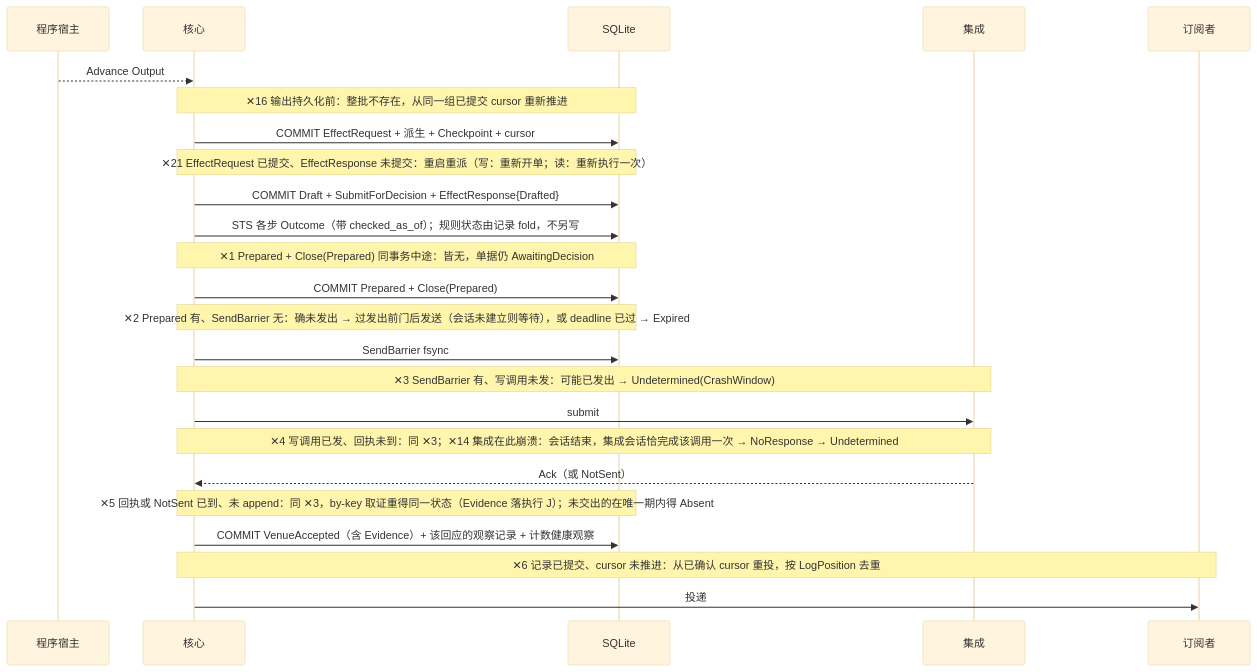
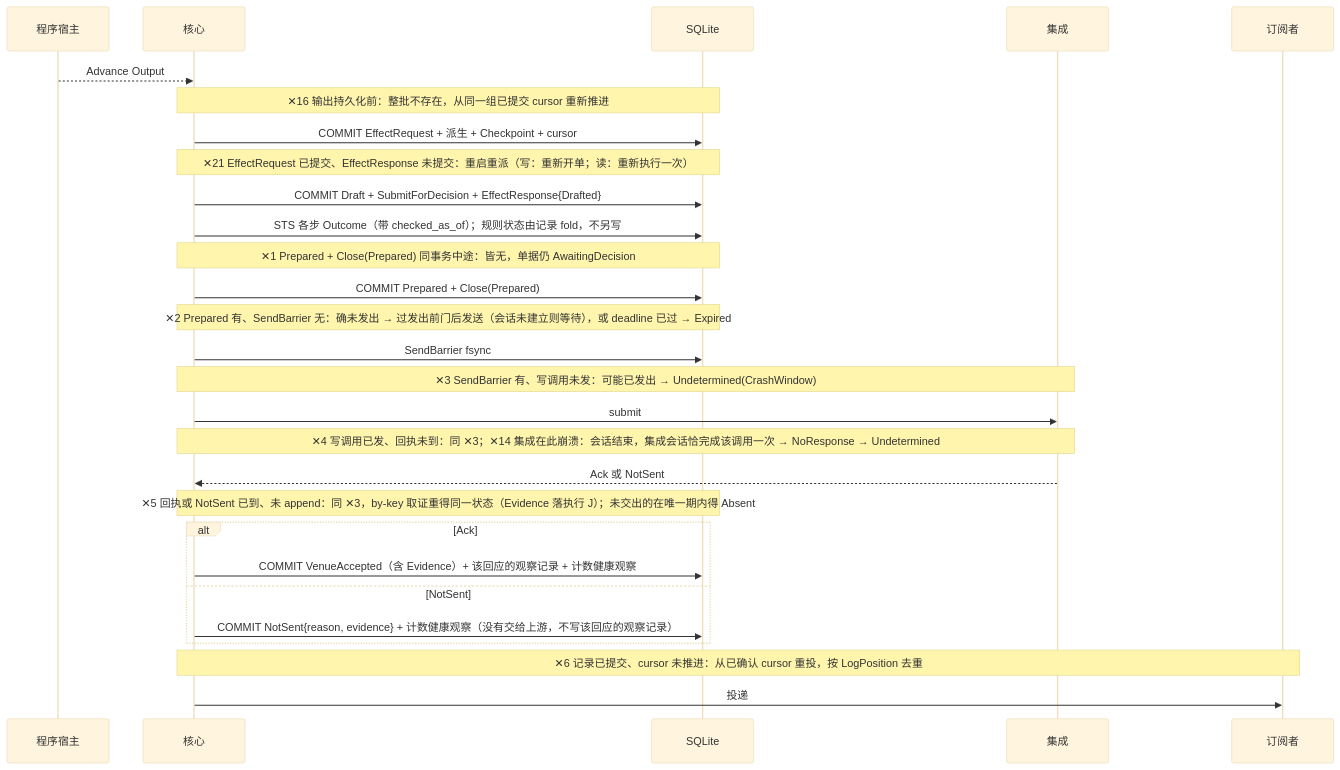
The second of 4 diagrams in design/diagrams/07-crash-recovery.md (mouriya-s-lab/uta), drawn with Mermaid (base theme) before and after one commit. The commit also changed 10 other files, not shown here.

Commit message:
design: uncommitted restart/rotate end Rejected(Stopping) at controlled stop; step-3 adoption and initial session observation in one transaction; runs without a process end with the instance; W20 four-condition match; D9.4 rotation/restart; D7.2 NotSent branch

````diff
--- a/design/diagrams/07-crash-recovery.md
+++ b/design/diagrams/07-crash-recovery.md
@@ -37,26 +37,30 @@
 ```mermaid
 sequenceDiagram
   participant H as 程序宿主
   participant C as 核心
   participant DB as SQLite
   participant I as 集成
   participant A as 订阅者
   H-->>C: Advance Output
   Note over C,DB: ✕16 输出持久化前：整批不存在，从同一组已提交 cursor 重新推进
   C->>DB: COMMIT EffectRequest + 派生 + Checkpoint + cursor
   Note over C,DB: ✕21 EffectRequest 已提交、EffectResponse 未提交：重启重派（写：重新开单；读：重新执行一次）
   C->>DB: COMMIT Draft + SubmitForDecision + EffectResponse{Drafted}
   C->>DB: STS 各步 Outcome（带 checked_as_of）；规则状态由记录 fold，不另写
   Note over C,DB: ✕1 Prepared + Close(Prepared) 同事务中途：皆无，单据仍 AwaitingDecision
   C->>DB: COMMIT Prepared + Close(Prepared)
   Note over C,DB: ✕2 Prepared 有、SendBarrier 无：确未发出 → 过发出前门后发送（会话未建立则等待），或 deadline 已过 → Expired
   C->>DB: SendBarrier fsync
   Note over C,I: ✕3 SendBarrier 有、写调用未发：可能已发出 → Undetermined(CrashWindow)
   C->>I: submit
   Note over C,I: ✕4 写调用已发、回执未到：同 ✕3；✕14 集成在此崩溃：会话结束，集成会话恰完成该调用一次 → NoResponse → Undetermined
-  I-->>C: Ack（或 NotSent）
+  I-->>C: Ack 或 NotSent
   Note over C,DB: ✕5 回执或 NotSent 已到、未 append：同 ✕3，by-key 取证重得同一状态（Evidence 落执行 J）；未交出的在唯一期内得 Absent
-  C->>DB: COMMIT VenueAccepted（含 Evidence）+ 该回应的观察记录 + 计数健康观察
+  alt Ack
+    C->>DB: COMMIT VenueAccepted（含 Evidence）+ 该回应的观察记录 + 计数健康观察
+  else NotSent
+    C->>DB: COMMIT NotSent{reason, evidence} + 计数健康观察（没有交给上游，不写该回应的观察记录）
+  end
   Note over C,A: ✕6 记录已提交、cursor 未推进：从已确认 cursor 重投，按 LogPosition 去重
   C->>A: 投递
 ```
````
